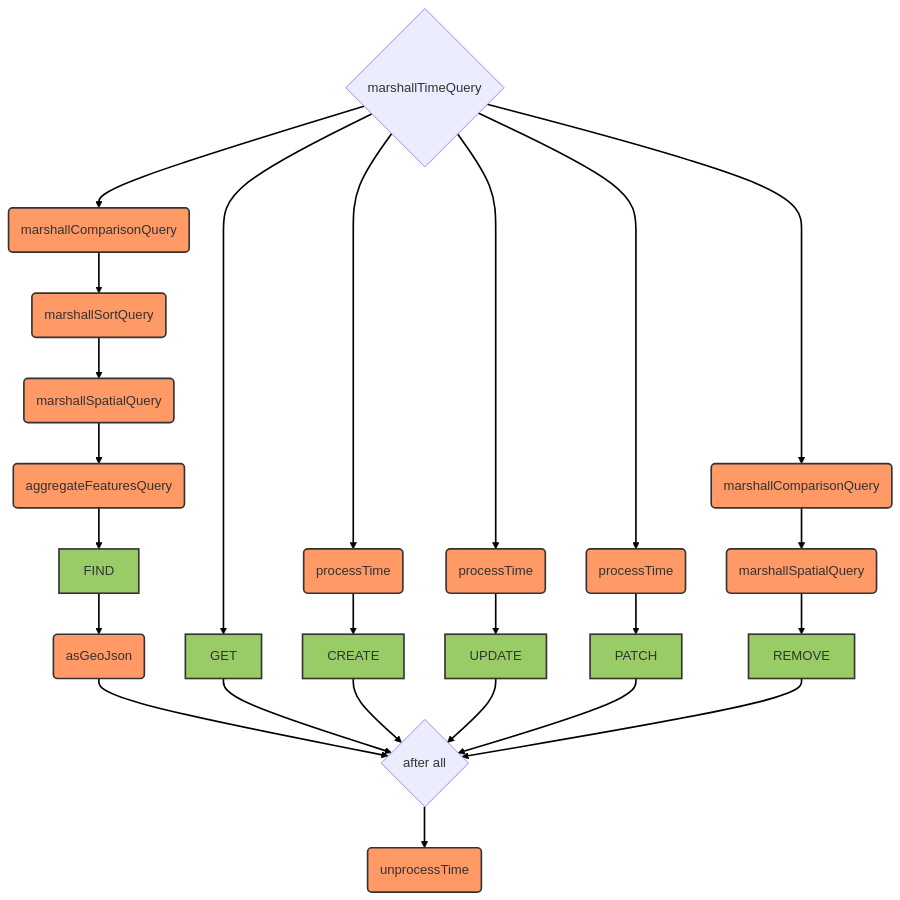
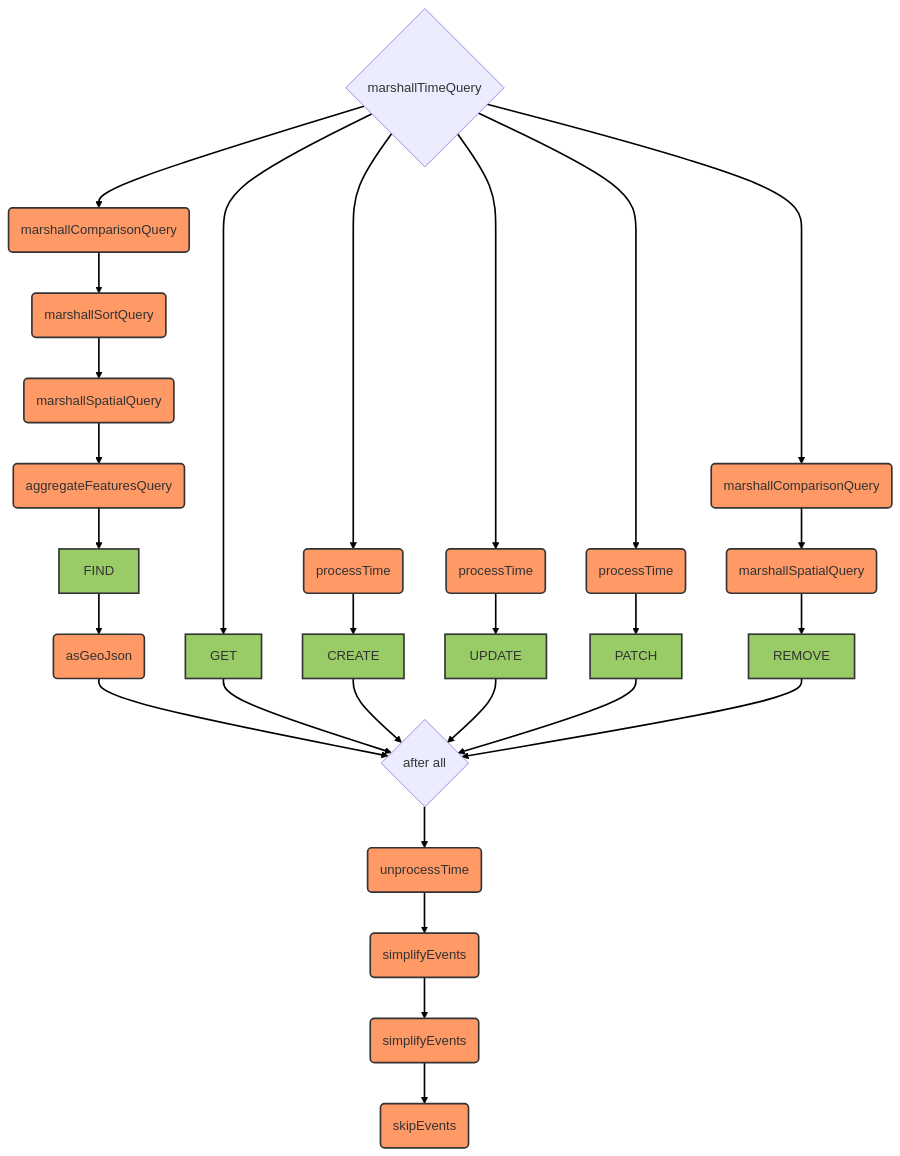
Before and after one commit to kalisio/kdk: the first of 2 diagrams in docs/api/map/services.md, drawn with Mermaid. The commit also changed other lines of this file and 8 other files, not shown here.

````diff
--- a/docs/api/map/services.md
+++ b/docs/api/map/services.md
@@ -388,33 +448,36 @@
 ```mermaid
 graph TB
   beforeAll{marshallTimeQuery}
   afterAll{after all}
-  afterAll --> hook1(unprocessTime)
+  afterAll --> hook12(unprocessTime)
+  hook12 --> hook13(simplifyEvents)
+  hook13 --> hook14(simplifyEvents)
+  hook14 --> hook15(skipEvents)
   beforeAll --> hook2(marshallComparisonQuery)
   hook2 --> hook3(marshallSortQuery)
   hook3 --> hook4(marshallSpatialQuery)
   hook4 --> hook5(aggregateFeaturesQuery)
   hook5 --> FIND[FIND]
   FIND --> hook6(asGeoJson)
   hook6 --> afterAll
   beforeAll --> GET[GET]
   GET --> afterAll
   beforeAll --> hook7(processTime)
   hook7 --> CREATE[CREATE]
   CREATE --> afterAll
   beforeAll --> hook8(processTime)
   hook8 --> UPDATE[UPDATE]
   UPDATE --> afterAll
   beforeAll --> hook9(processTime)
   hook9 --> PATCH[PATCH]
   PATCH --> afterAll
   beforeAll --> hook10(marshallComparisonQuery)
   hook10 --> hook11(marshallSpatialQuery)
   hook11 --> REMOVE[REMOVE]
   REMOVE --> afterAll
   linkStyle default stroke-width:2px,fill:none,stroke:black
   classDef hookClass fill:#f96,stroke:#333,stroke-width:2px
-  class hook1,hook2,hook3,hook4,hook5,hook6,hook7,hook8,hook9,hook10,hook11,hook12,hook13 hookClass
+  class hook1,hook2,hook3,hook4,hook5,hook6,hook7,hook8,hook9,hook10,hook11,hook12,hook13,hook14,hook15 hookClass
   classDef operationClass fill:#9c6,stroke:#333,stroke-width:2px
   class FIND,GET,CREATE,UPDATE,PATCH,REMOVE operationClass
 ```
````
